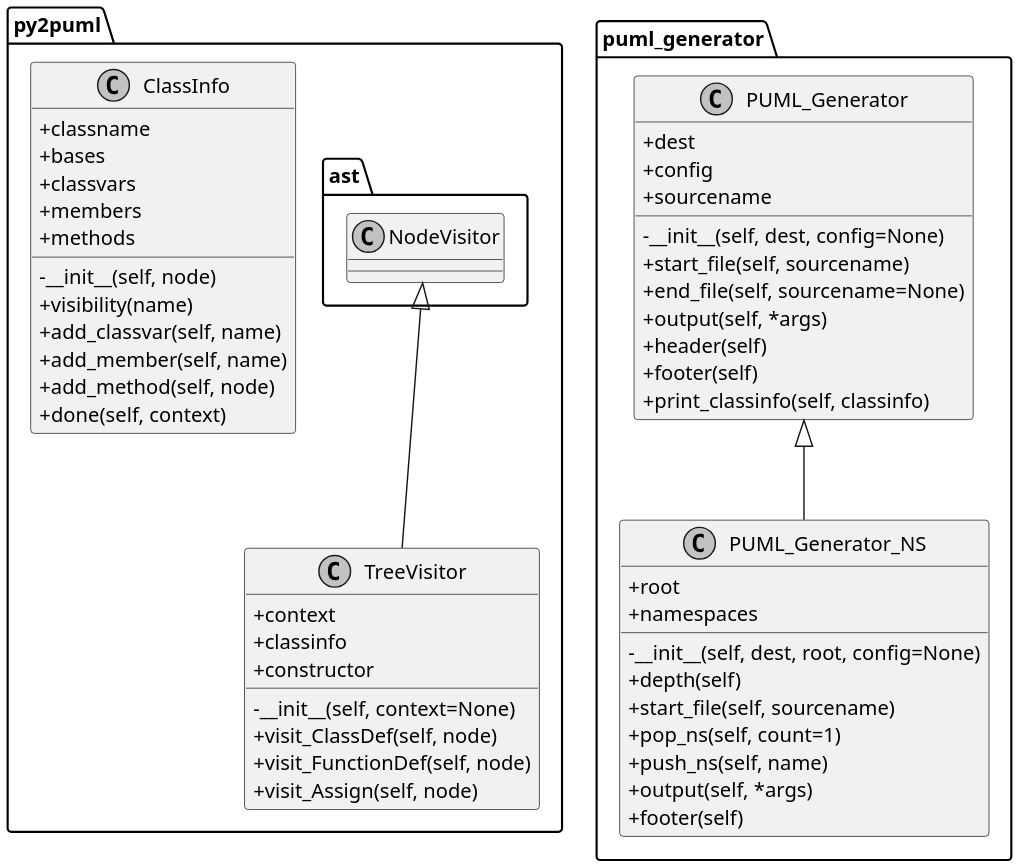
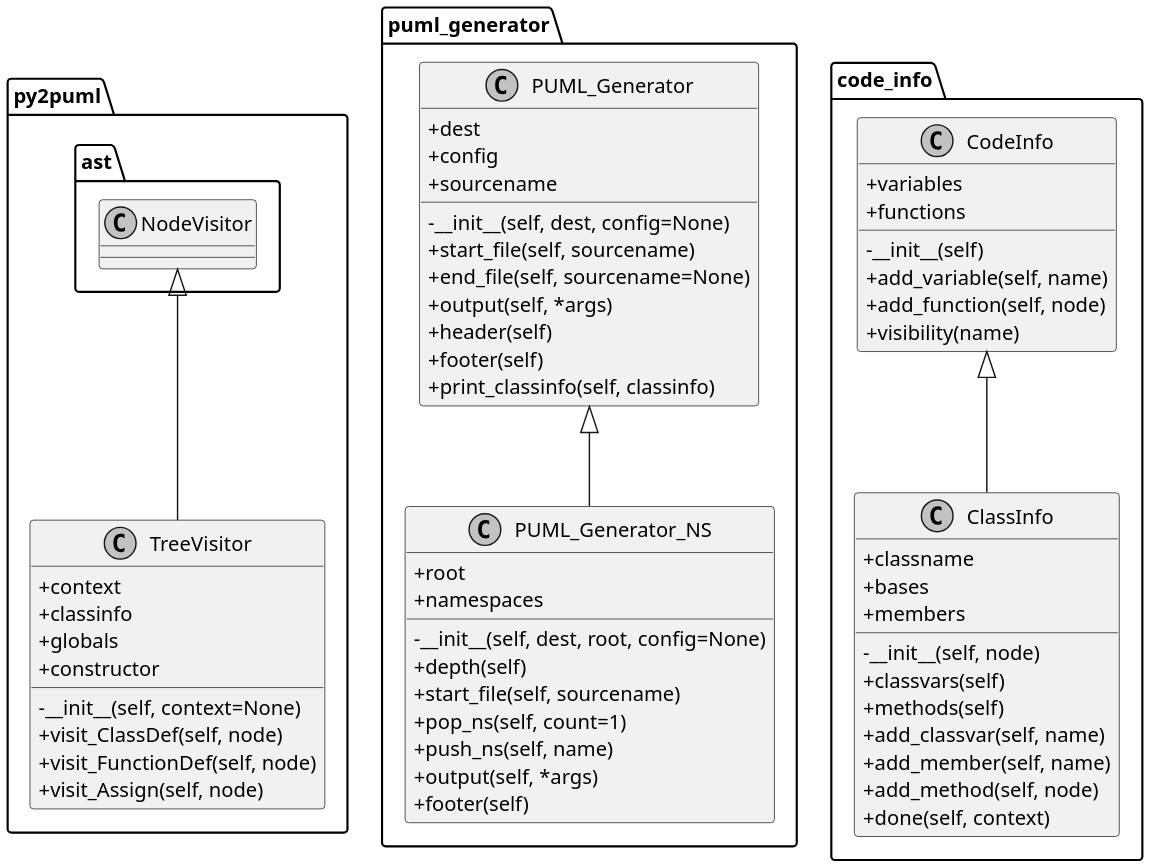
Before and after one commit to deadbok/py-puml-tools: the diagram in py2puml/examples/py2puml_NS.puml, drawn with PlantUML. The commit also changed 8 other files, not shown here.

```diff
--- a/py2puml/examples/py2puml_NS.puml
+++ b/py2puml/examples/py2puml_NS.puml
@@ -1,61 +1,73 @@
 @startuml
 skinparam monochrome true
 skinparam classAttributeIconSize 0
 scale 2
 
 namespace py2puml {
-  class ClassInfo {
-    +classname
-    +bases
-    +classvars
-    +members
-    +methods
-    -__init__(self, node)
-    +visibility(name)
-    +add_classvar(self, name)
-    +add_member(self, name)
-    +add_method(self, node)
-    +done(self, context)
-  }
-
   ast.NodeVisitor <|-- TreeVisitor
   class TreeVisitor {
     +context
     +classinfo
+    +globals
     +constructor
     -__init__(self, context=None)
     +visit_ClassDef(self, node)
     +visit_FunctionDef(self, node)
     +visit_Assign(self, node)
   }
 
 }
 namespace puml_generator {
   class PUML_Generator {
     +dest
     +config
     +sourcename
     -__init__(self, dest, config=None)
     +start_file(self, sourcename)
     +end_file(self, sourcename=None)
     +output(self, *args)
     +header(self)
     +footer(self)
     +print_classinfo(self, classinfo)
   }
 
   PUML_Generator <|-- PUML_Generator_NS
   class PUML_Generator_NS {
     +root
     +namespaces
     -__init__(self, dest, root, config=None)
     +depth(self)
     +start_file(self, sourcename)
     +pop_ns(self, count=1)
     +push_ns(self, name)
     +output(self, *args)
     +footer(self)
   }
 
 }
+namespace code_info {
+  class CodeInfo {
+    +variables
+    +functions
+    -__init__(self)
+    +add_variable(self, name)
+    +add_function(self, node)
+    +visibility(name)
+  }
+
+  CodeInfo <|-- ClassInfo
+  class ClassInfo {
+    +classname
+    +bases
+    +members
+    -__init__(self, node)
+    +classvars(self)
+    +methods(self)
+    +add_classvar(self, name)
+    +add_member(self, name)
+    +add_method(self, node)
+    +done(self, context)
+  }
+
+}
 @enduml
```
